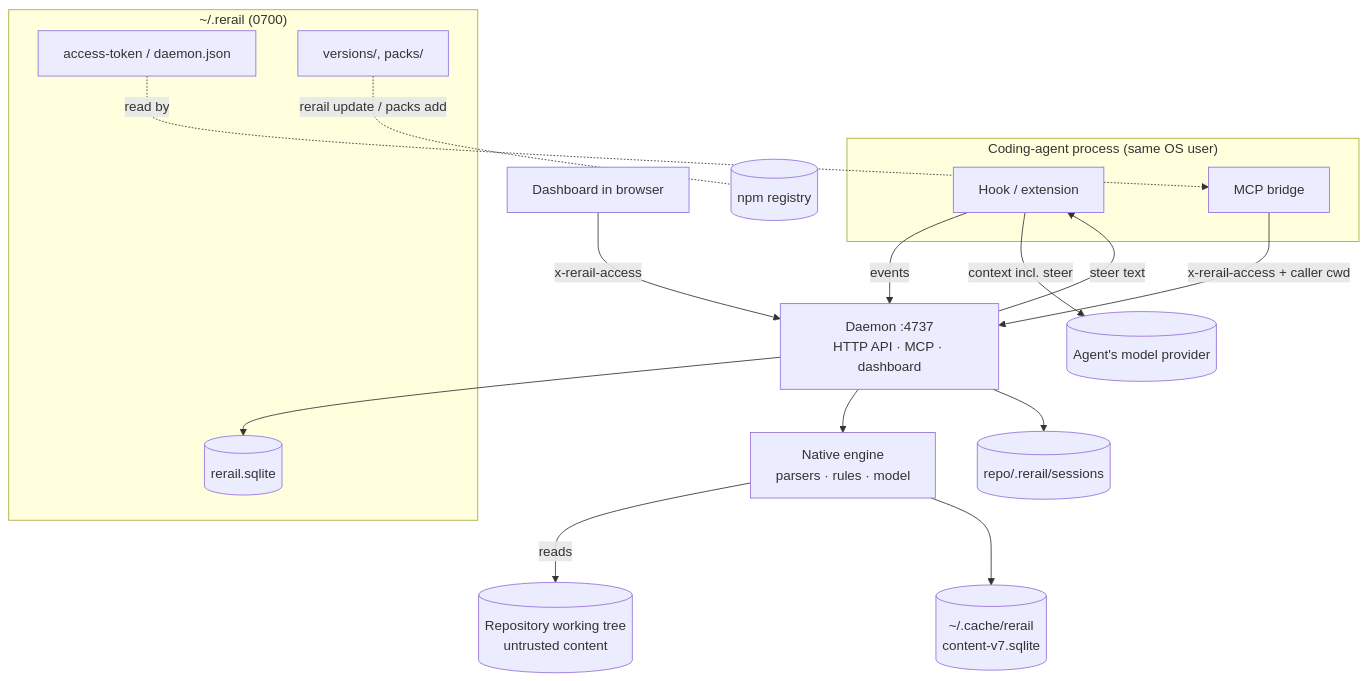
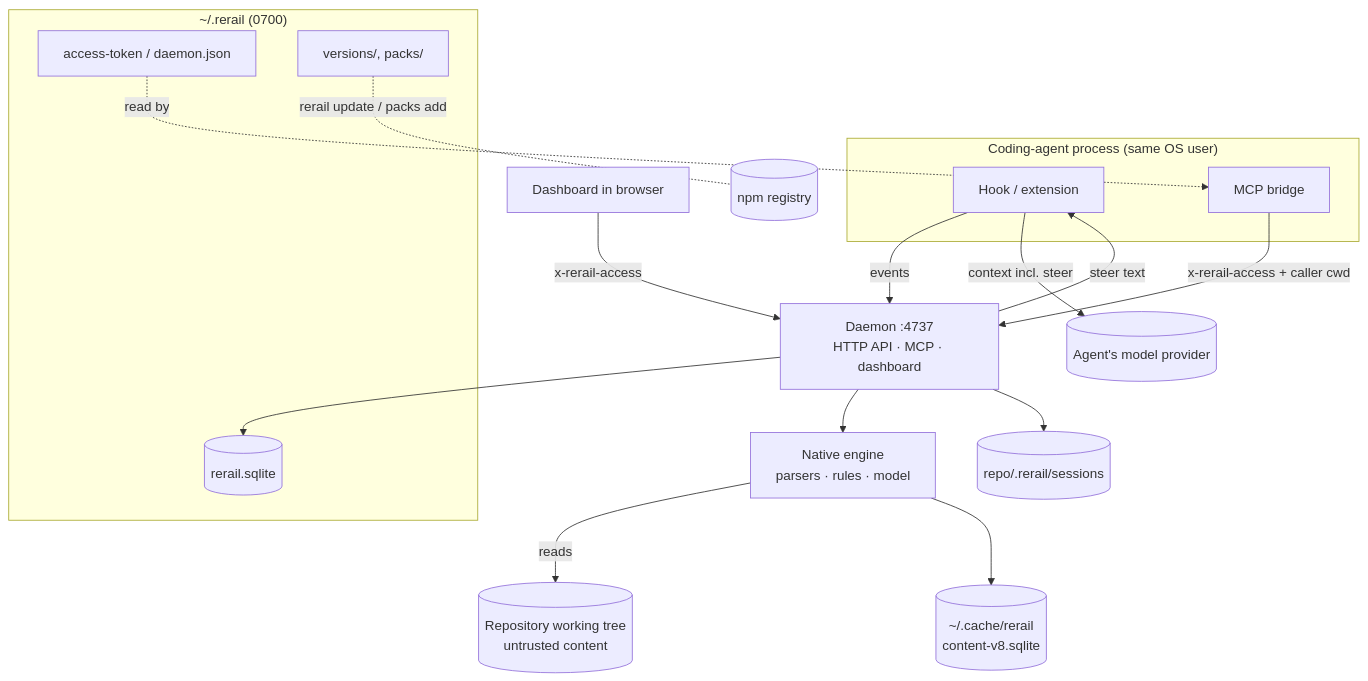
One commit to neralabs/rerail changed the diagram in docs/threat-model.md. Above: the diagram before and after it, drawn with Mermaid. The commit also changed other lines of this file and 31 other files, not shown here.

````diff
--- a/docs/threat-model.md
+++ b/docs/threat-model.md
@@ -22,33 +22,33 @@
 ```mermaid
 flowchart TD
   subgraph Agent["Coding-agent process (same OS user)"]
     H[Hook / extension]
     B[MCP bridge]
   end
   Repo[(Repository working tree<br/>untrusted content)]
   subgraph Home["~/.rerail (0700)"]
     DB[(rerail.sqlite)]
     Tok[access-token / daemon.json]
     Ver[versions/, packs/]
   end
-  Cache[(~/.cache/rerail<br/>content-v7.sqlite)]
+  Cache[(~/.cache/rerail<br/>content-v8.sqlite)]
   Ledger[(repo/.rerail/sessions)]
   D[Daemon :4737<br/>HTTP API · MCP · dashboard]
   E[Native engine<br/>parsers · rules · model]
   Browser[Dashboard in browser]
   NPM[(npm registry)]
   Provider[(Agent's model provider)]
 
   H -- events --> D
   B -- x-rerail-access + caller cwd --> D
   Browser -- x-rerail-access --> D
   D --> E
   E -- reads --> Repo
   D --> DB
   D --> Ledger
   E --> Cache
   D -- steer text --> H
   H -- context incl. steer --> Provider
   Ver -. rerail update / packs add .- NPM
   Tok -. read by .-> B
 ```
````
